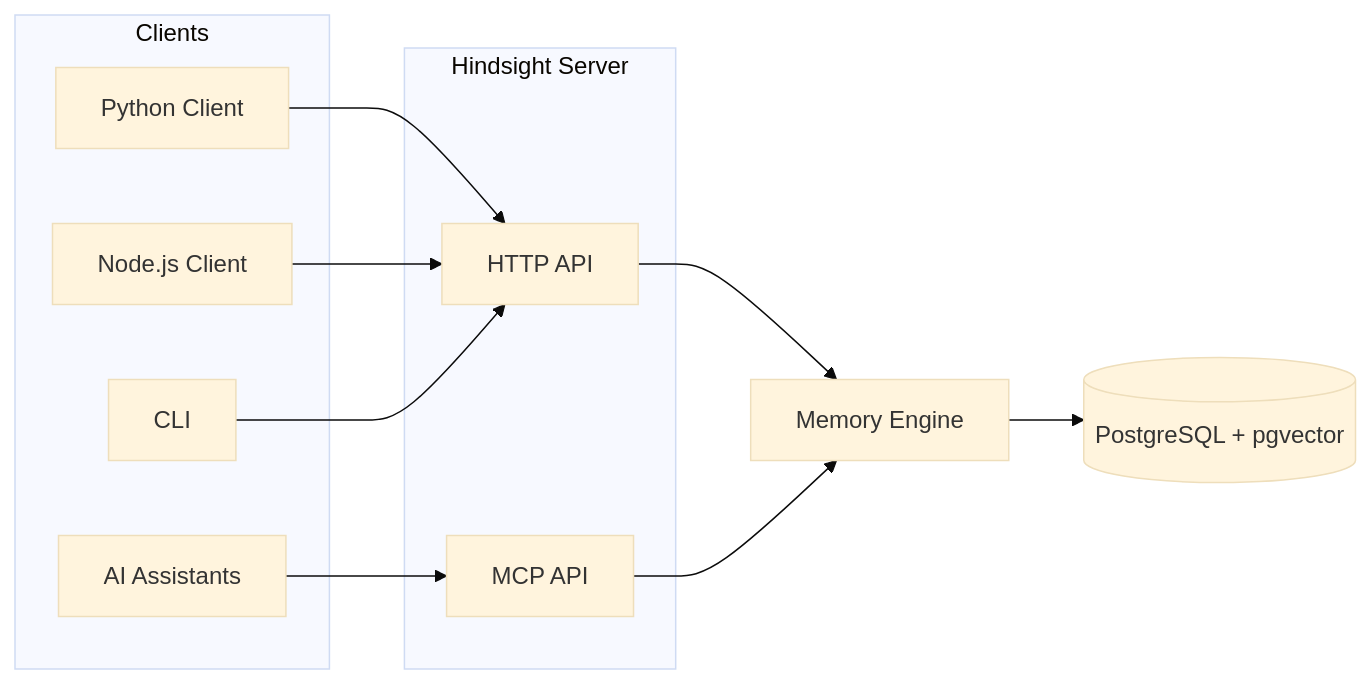
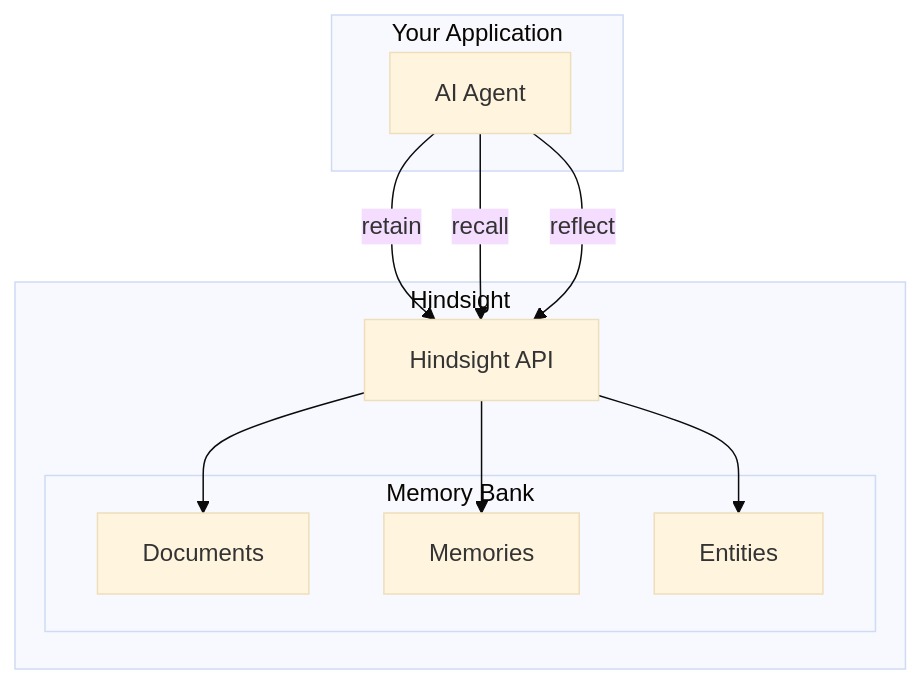
One commit to karljsamuel/hindsight changed the first of 2 diagrams in hindsight-docs/docs/developer/index.md. Above: the diagram before and after it, drawn with Mermaid (base theme). The commit also changed other lines of this file and 1967 other files, not shown here.

````diff
--- a/hindsight-docs/docs/developer/index.md
+++ b/hindsight-docs/docs/developer/index.md
@@ -23,24 +23,24 @@
 ```mermaid
-graph LR
-    subgraph Clients
-        A[Python Client]
-        B[Node.js Client]
-        C[CLI]
-        D[AI Assistants]
+graph TB
+    subgraph Your Application
+        Agent[AI Agent]
     end
 
-    subgraph Hindsight Server
-        E[HTTP API]
-        F[MCP API]
+    subgraph Hindsight
+        API[Hindsight API]
+
+        subgraph Memory Bank
+            Documents[Documents]
+            Memories[Memories]
+            Entities[Entities]
+        end
     end
 
-    A --> E
-    B --> E
-    C --> E
-    D --> F
+    Agent -->|retain| API
+    Agent -->|recall| API
+    Agent -->|reflect| API
 
-    E --> G[Memory Engine]
-    F --> G
-
-    G --> H[(PostgreSQL + pgvector)]
+    API --> Documents
+    API --> Memories
+    API --> Entities
 ```
````
